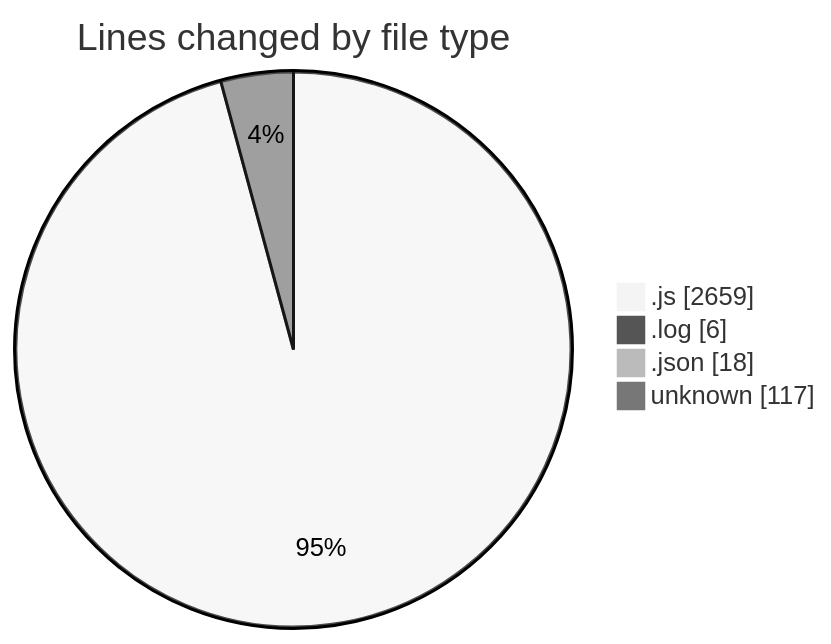
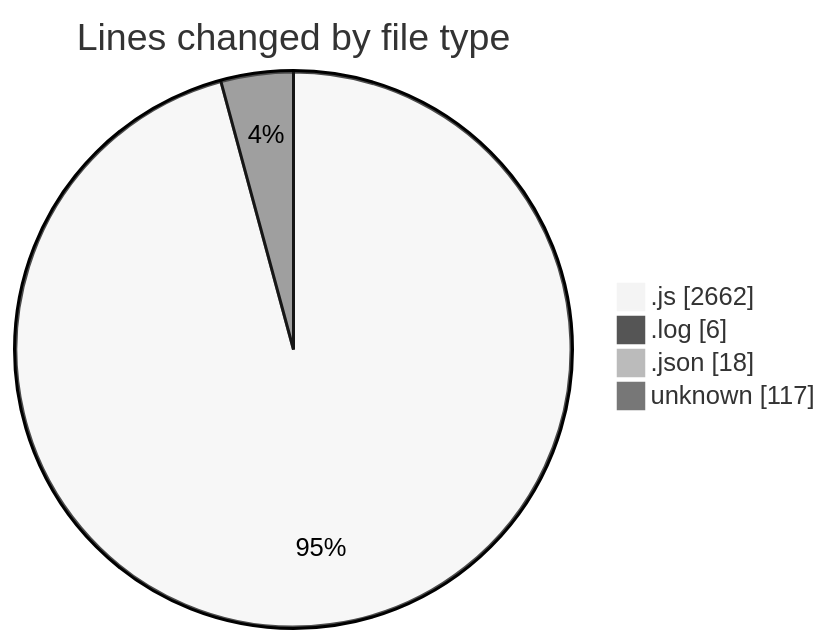
Before and after one commit to BS-eng2023/code-tracking: the first of 2 diagrams in 2025-03-31/jsvms/README.md, drawn with Mermaid (neutral theme). The commit also changed other lines of this file and 1 other file, not shown here.

````diff
--- a/2025-03-31/jsvms/README.md
+++ b/2025-03-31/jsvms/README.md
@@ -49,8 +49,8 @@
 ```mermaid
 pie showData
 title Lines changed by file type
-".js" : 2659
+".js" : 2662
 ".log" : 6
 ".json" : 18
 "unknown" : 117
 ```
````
